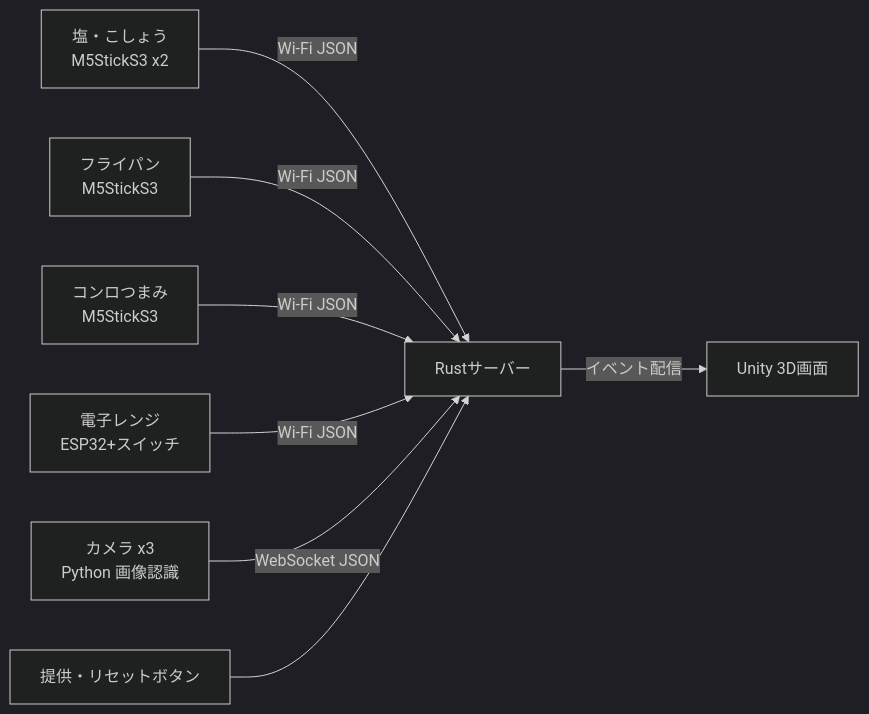
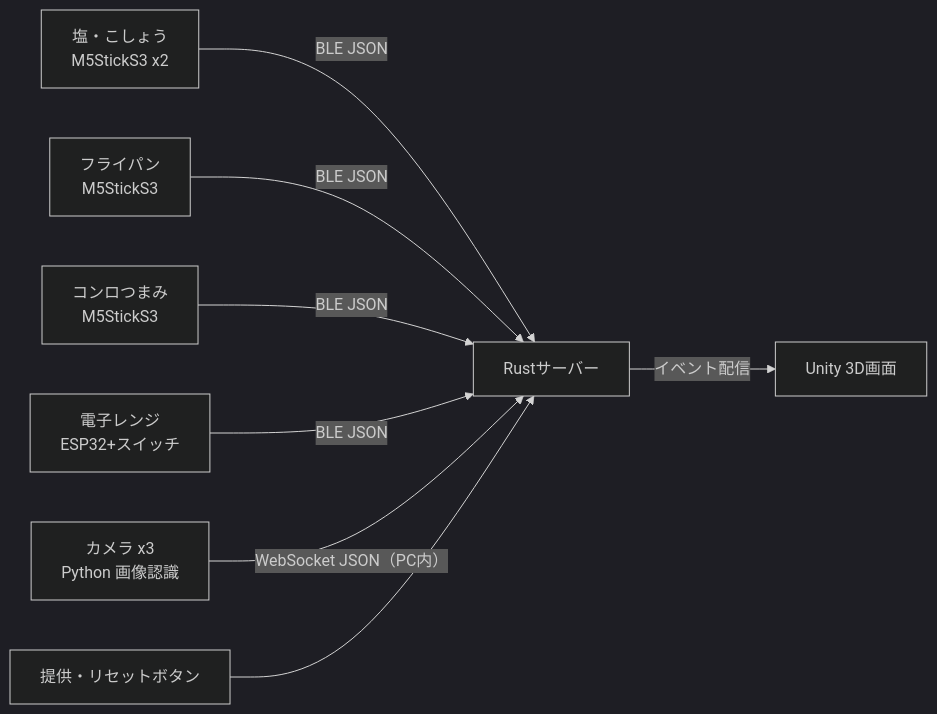
One commit to kokonao1111/HEW-omamagoto changed the first of 2 diagrams in docs/要件定義書_v1.md. Above: the diagram before and after it, drawn with Mermaid (dark theme). The commit also changed other lines of this file, not shown here.

First line of the commit message:
docs: センサーデバイスの通信を Wi-Fi から BLE に変更

````diff
--- a/docs/要件定義書_v1.md
+++ b/docs/要件定義書_v1.md
@@ -64,10 +64,10 @@
 ```mermaid
 flowchart LR
-  salt[塩・こしょう<br/>M5StickS3 x2] -->|Wi-Fi JSON| server[Rustサーバー]
-  pan[フライパン<br/>M5StickS3] -->|Wi-Fi JSON| server
-  knob[コンロつまみ<br/>M5StickS3] -->|Wi-Fi JSON| server
-  range[電子レンジ<br/>ESP32+スイッチ] -->|Wi-Fi JSON| server
-  cam[カメラ x3<br/>Python 画像認識] -->|WebSocket JSON| server
+  salt[塩・こしょう<br/>M5StickS3 x2] -->|BLE JSON| server[Rustサーバー]
+  pan[フライパン<br/>M5StickS3] -->|BLE JSON| server
+  knob[コンロつまみ<br/>M5StickS3] -->|BLE JSON| server
+  range[電子レンジ<br/>ESP32+スイッチ] -->|BLE JSON| server
+  cam[カメラ x3<br/>Python 画像認識] -->|WebSocket JSON（PC内）| server
   btn[提供・リセットボタン] --> server
   server -->|イベント配信| unity[Unity 3D画面]
 ```
````
